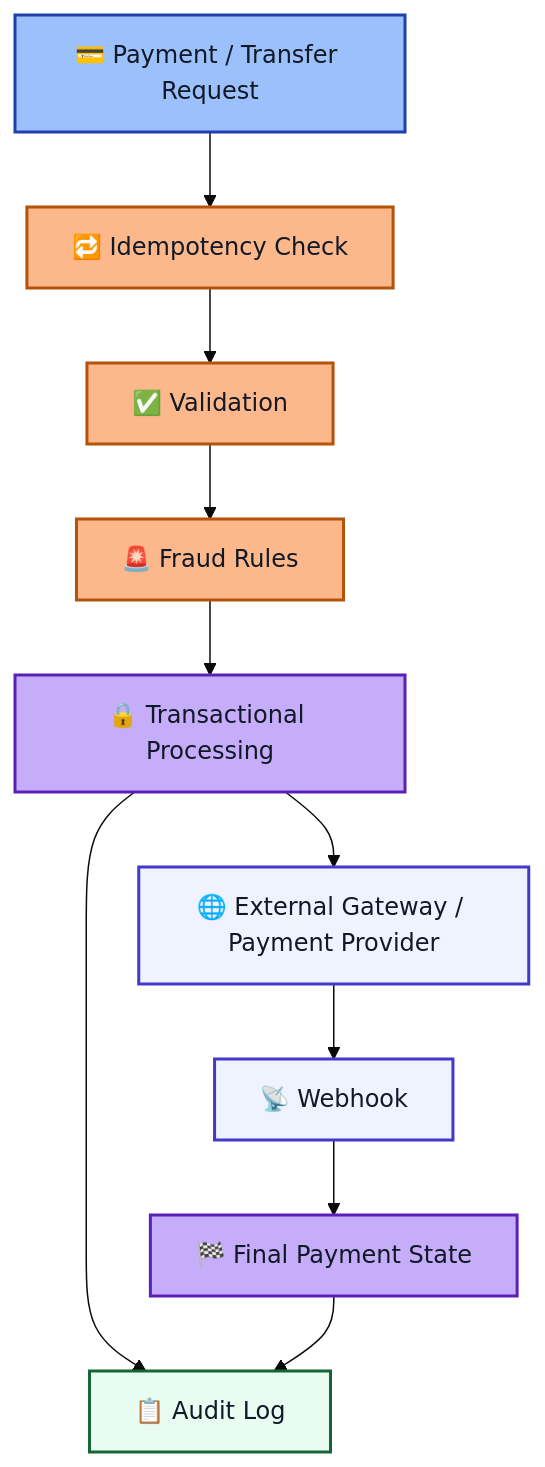
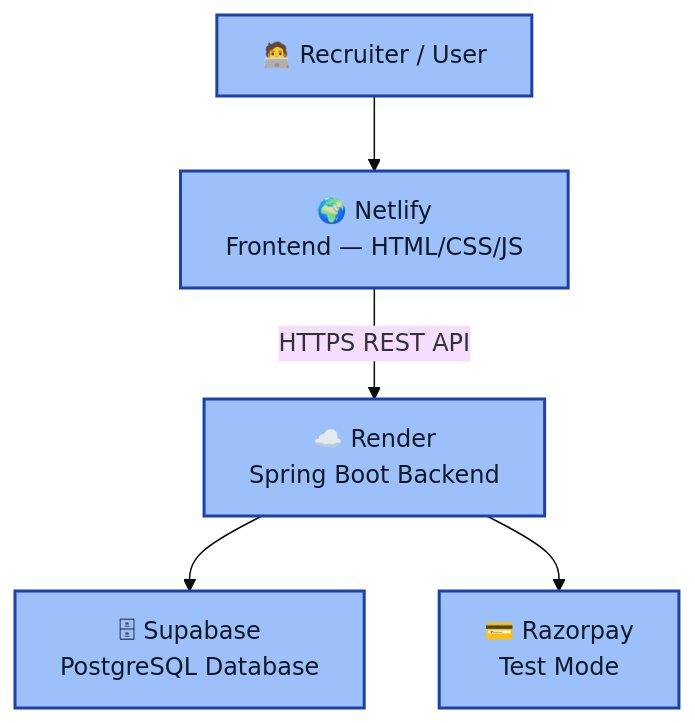
Before and after one commit to VASUSINH/PayMoney: the seventh of 7 diagrams in ReadMe.md, drawn with Mermaid (base theme). The commit also changed other lines of this file, not shown here.

````diff
--- a/ReadMe.md
+++ b/ReadMe.md
@@ -470,30 +448,10 @@
 ```mermaid
 flowchart TB
-    A["💳 Payment / Transfer Request"]
-    B["🔁 Idempotency Check"]
-    C["✅ Validation"]
-    D["🚨 Fraud Rules"]
-    E["🔒 Transactional Processing"]
-    F["🌐 External Gateway / Payment Provider"]
-    G["📡 Webhook"]
-    H["📋 Audit Log"]
-    I["🏁 Final Payment State"]
+    A["🧑‍💻 Recruiter / User"] --> B["🌍 Netlify<br/>Frontend — HTML/CSS/JS"]
+    B -->|HTTPS REST API| C["☁️ Render<br/>Spring Boot Backend"]
+    C --> D["🗄 Supabase<br/>PostgreSQL Database"]
+    C --> E["💳 Razorpay<br/>Test Mode"]
 
-    A --> B --> C --> D --> E
-    E --> F
-    F --> G --> I
-    E --> H
-    I --> H
-
-    classDef request fill:#3b82f680,stroke:#1e40af,stroke-width:2px,color:#111827;
-    classDef control fill:#f9731680,stroke:#b45309,stroke-width:2px,color:#111827;
-    classDef processing fill:#8b5cf680,stroke:#5b21b6,stroke-width:2px,color:#111827;
-    classDef external fill:#e0e7ff80,stroke:#4338ca,stroke-width:2px,color:#111827;
-    classDef audit fill:#d1fae580,stroke:#166534,stroke-width:2px,color:#111827;
-
-    class A request;
-    class B,C,D control;
-    class E,I processing;
-    class F,G external;
-    class H audit;
+    classDef n fill:#3b82f680,stroke:#1e40af,stroke-width:2px,color:#111827;
+    class A,B,C,D,E n;
 ```
````
